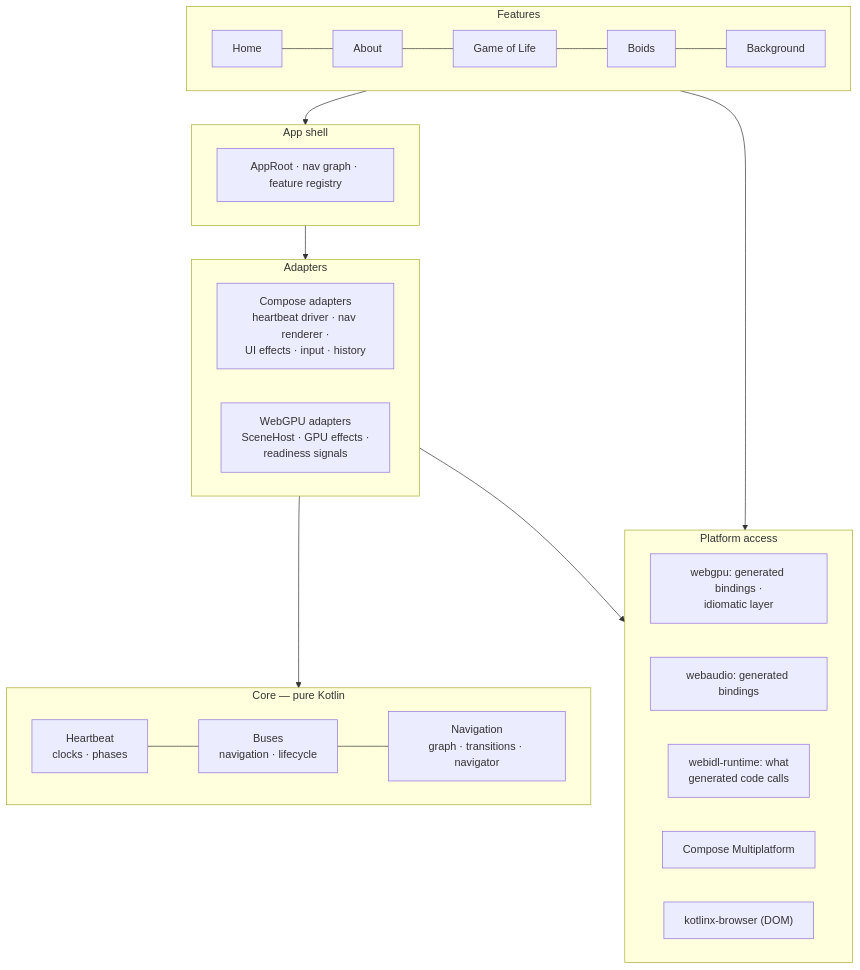
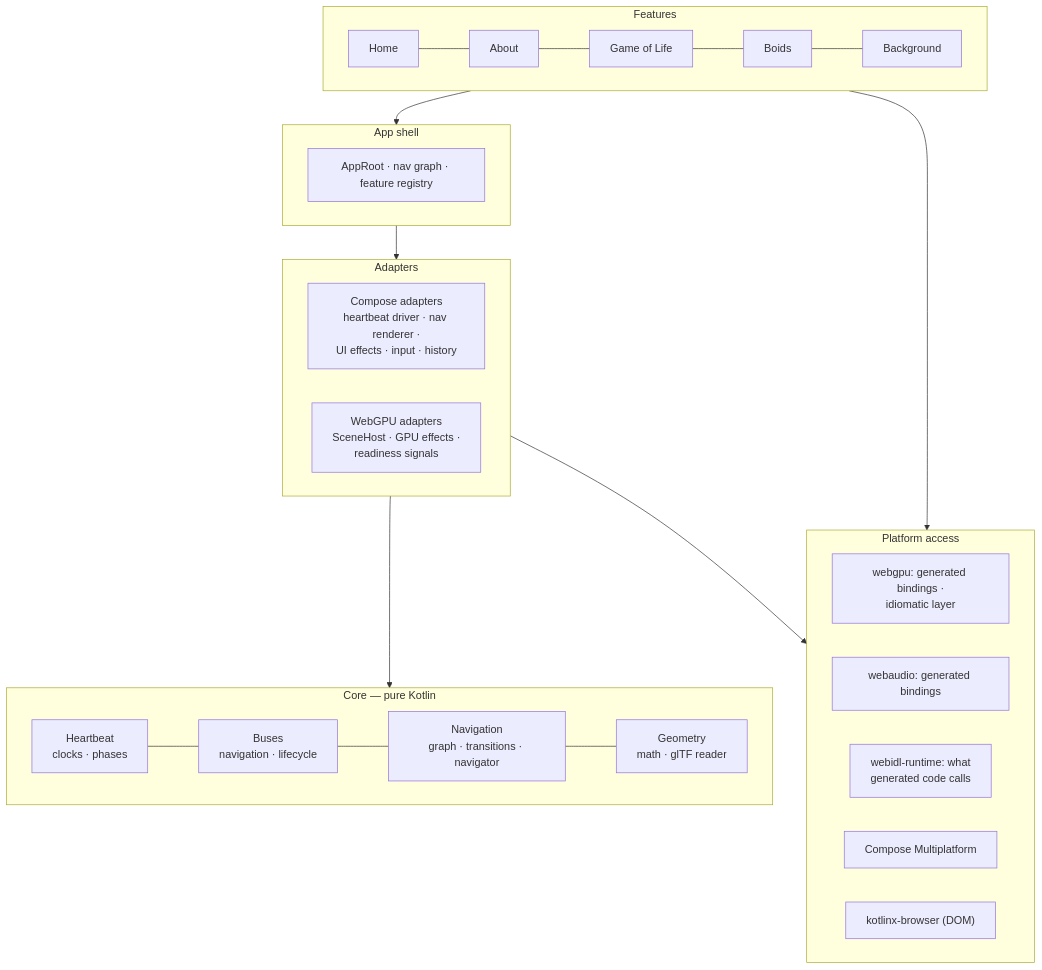
The second of 8 diagrams in ARCHITECTURE.md (maximums/maximums.github.io), drawn with Mermaid before and after one commit. The commit also changed other lines of this file and 32 other files, not shown here.

First line of the commit message:
[ADD] The glTF reader: :math and :gltf, pure Kotlin

````diff
--- a/ARCHITECTURE.md
+++ b/ARCHITECTURE.md
@@ -36,31 +36,31 @@
 ```mermaid
 flowchart TB
     subgraph L5["Features"]
         direction LR
         Home["Home"] --- About["About"] --- Life["Game of Life"] --- Boids["Boids"] --- Bg["Background"]
     end
     subgraph L4["App shell"]
         direction LR
         Root["AppRoot · nav graph · feature registry"]
     end
     subgraph L3["Adapters"]
         direction LR
         CA["Compose adapters<br/>heartbeat driver · nav renderer ·<br/>UI effects · input · history"]
         GA["WebGPU adapters<br/>SceneHost · GPU effects ·<br/>readiness signals"]
     end
     subgraph L2["Core — pure Kotlin"]
         direction LR
-        HB["Heartbeat<br/>clocks · phases"] --- Bus["Buses<br/>navigation · lifecycle"] --- Nav["Navigation<br/>graph · transitions · navigator"]
+        HB["Heartbeat<br/>clocks · phases"] --- Bus["Buses<br/>navigation · lifecycle"] --- Nav["Navigation<br/>graph · transitions · navigator"] --- Geo["Geometry<br/>math · glTF reader"]
     end
     subgraph L1["Platform access"]
         direction LR
         WG["webgpu: generated bindings ·<br/>idiomatic layer"]
         WA["webaudio: generated bindings"]
         RT["webidl-runtime: what<br/>generated code calls"]
         CMP["Compose Multiplatform"]
         KB["kotlinx-browser (DOM)"]
     end
     L5 --> L4 --> L3 --> L2
     L3 --> L1
     L5 --> L1
 ```
````
